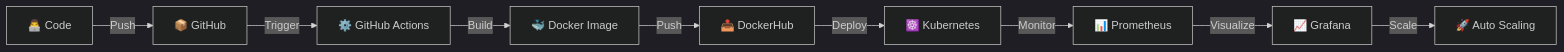
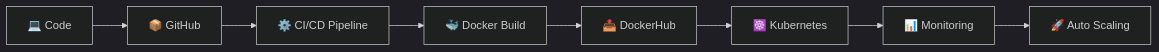
The diagram in README.md (Shaikhaamann/Shaikhaamann), drawn with Mermaid (dark theme) before and after one commit. The commit also changed other lines of this file, not shown here.

````diff
--- a/README.md
+++ b/README.md
@@ -41,11 +32,10 @@
 ```mermaid
 flowchart LR
-    A[👨‍💻 Code] -->|Push| B[📦 GitHub]
-    B -->|Trigger| C[⚙️ GitHub Actions]
-    C -->|Build| D[🐳 Docker Image]
-    D -->|Push| E[📤 DockerHub]
-    E -->|Deploy| F[☸️ Kubernetes]
-    F -->|Monitor| G[📊 Prometheus]
-    G -->|Visualize| H[📈 Grafana]
-    H -->|Scale| I[🚀 Auto Scaling]
+    A[💻 Code] --> B[📦 GitHub]
+    B --> C[⚙️ CI/CD Pipeline]
+    C --> D[🐳 Docker Build]
+    D --> E[📤 DockerHub]
+    E --> F[☸️ Kubernetes]
+    F --> G[📊 Monitoring]
+    G --> H[🚀 Auto Scaling]
 ```
````
